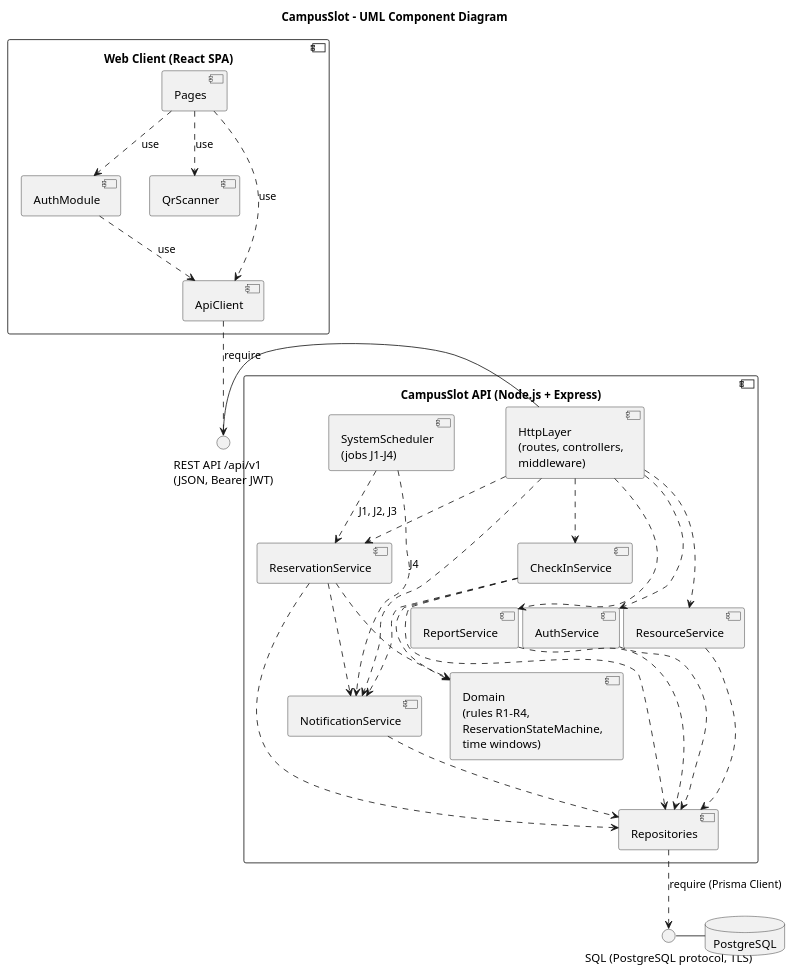
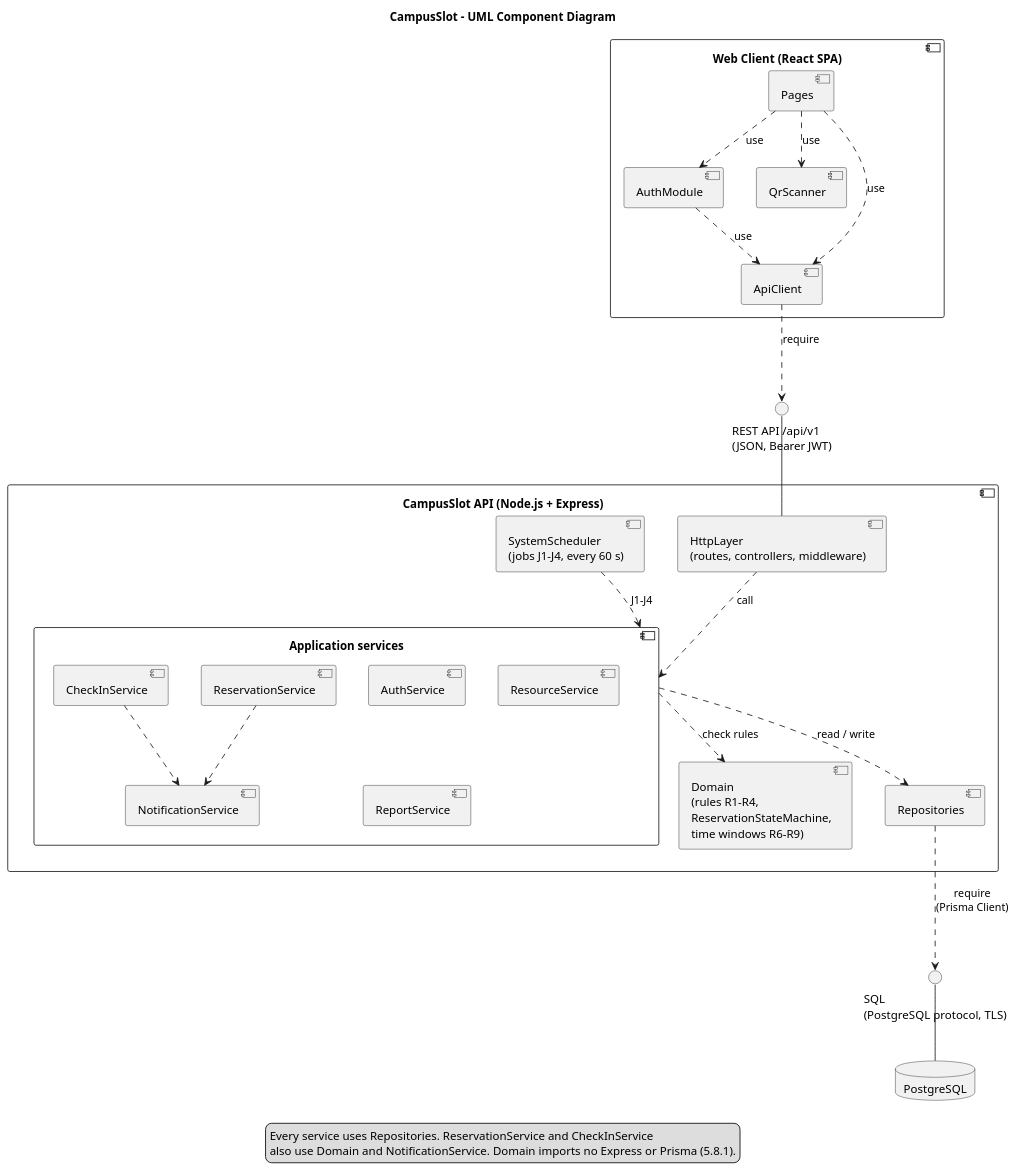
The diagram in docs/diagrams/5.7_component-diagram_Batuhan.puml (MertTomak/SWE307-Term), drawn with PlantUML before and after one commit. The commit also changed 5 other files, not shown here.

Commit message:
docs: render 5.7 and 5.8 diagrams to PNG, simplify component and deployment layout

```diff
--- a/docs/diagrams/5.7_component-diagram_Batuhan.puml
+++ b/docs/diagrams/5.7_component-diagram_Batuhan.puml
@@ -1,66 +1,64 @@
 @startuml 5.7_component-diagram_Batuhan
 ' 5.7 UML Component diagram - CampusSlot
 ' Owner: Batuhan (System Architect). Text: docs/report/5.7_component-deployment_Batuhan.md
+' Render: java -jar plantuml.jar -Playout=smetana -tpng <this file>
 title CampusSlot - UML Component Diagram
 skinparam shadowing false
 skinparam componentStyle uml2
+skinparam nodesep 40
+skinparam ranksep 50
 
 component "Web Client (React SPA)" as Web {
   component "Pages" as Pages
   component "AuthModule" as AuthM
   component "QrScanner" as Qr
   component "ApiClient" as ApiC
 }
 
 interface "REST API /api/v1\n(JSON, Bearer JWT)" as REST
 
 component "CampusSlot API (Node.js + Express)" as Api {
-  component "HttpLayer\n(routes, controllers,\nmiddleware)" as Http
-  component "AuthService" as AuthS
-  component "ResourceService" as ResS
-  component "ReservationService" as RsvS
-  component "CheckInService" as ChkS
-  component "NotificationService" as NotS
-  component "ReportService" as RepS
-  component "Domain\n(rules R1-R4,\nReservationStateMachine,\ntime windows)" as Dom
+  component "HttpLayer\n(routes, controllers, middleware)" as Http
+  component "SystemScheduler\n(jobs J1-J4, every 60 s)" as Sched
+  component "Application services" as Svc {
+    component "AuthService" as AuthS
+    component "ResourceService" as ResS
+    component "ReservationService" as RsvS
+    component "CheckInService" as ChkS
+    component "ReportService" as RepS
+    component "NotificationService" as NotS
+  }
+  component "Domain\n(rules R1-R4,\nReservationStateMachine,\ntime windows R6-R9)" as Dom
   component "Repositories" as Repo
-  component "SystemScheduler\n(jobs J1-J4)" as Sched
 }
 
-interface "SQL (PostgreSQL protocol, TLS)" as SQL
+interface "SQL\n(PostgreSQL protocol, TLS)" as SQL
 database "PostgreSQL" as DB
 
 ' Web client
 Pages ..> AuthM : use
 Pages ..> Qr : use
 Pages ..> ApiC : use
 AuthM ..> ApiC : use
 
 ' Provided and required interface
-REST - Http
 ApiC ..> REST : require
+REST -- Http
 
 ' Inside the API
-Http ..> AuthS
-Http ..> ResS
-Http ..> RsvS
-Http ..> ChkS
-Http ..> NotS
-Http ..> RepS
-Sched ..> RsvS : J1, J2, J3
-Sched ..> NotS : J4
+Http ..> Svc : call
+Sched ..> Svc : J1-J4
 RsvS ..> NotS
 ChkS ..> NotS
-RsvS ..> Dom
-ChkS ..> Dom
-AuthS ..> Repo
-ResS ..> Repo
-RsvS ..> Repo
-ChkS ..> Repo
-NotS ..> Repo
-RepS ..> Repo
+Svc ..> Dom : check rules
+Svc ..> Repo : read / write
 
 ' Database
-SQL - DB
-Repo ..> SQL : require (Prisma Client)
+Repo ..> SQL : require\n(Prisma Client)
+SQL -- DB
+
+legend bottom
+  Every service uses Repositories. ReservationService and CheckInService
+  also use Domain and NotificationService. Domain imports no Express or Prisma (5.8.1).
+endlegend
 @enduml
```
